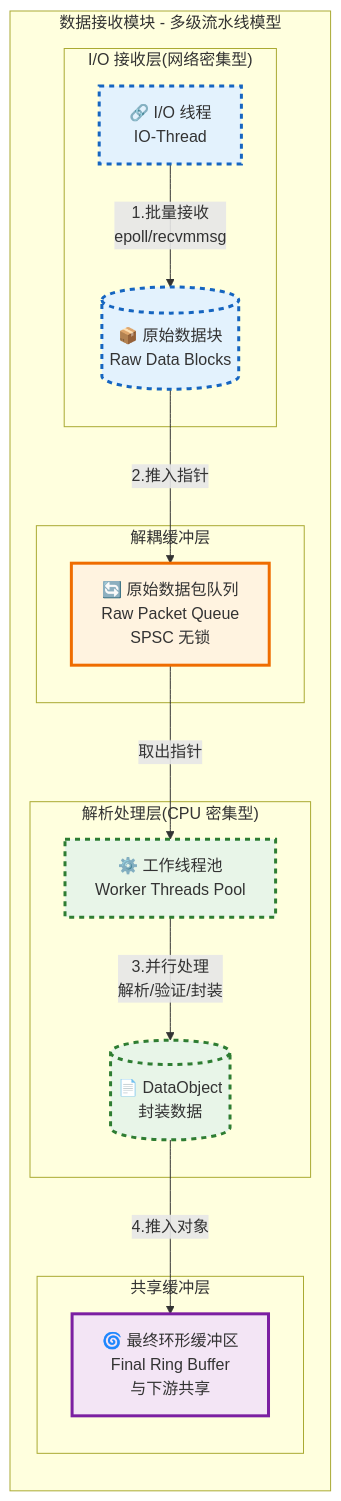
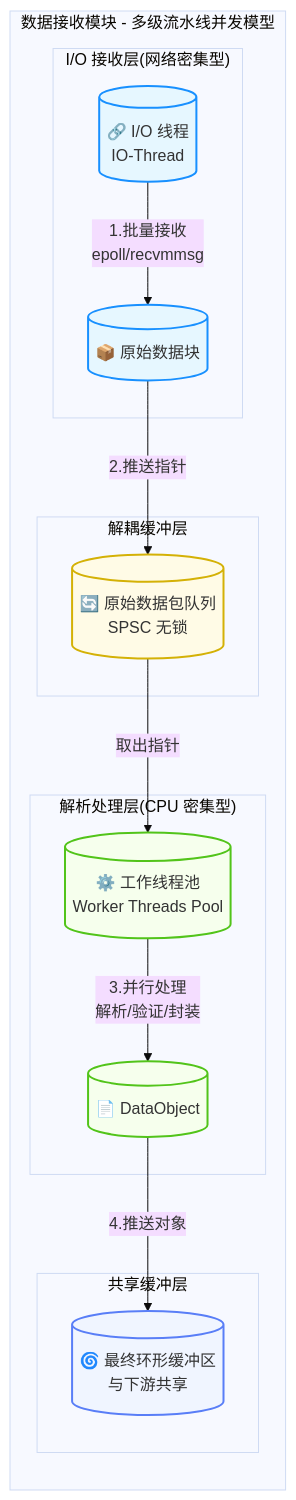
One commit to wendizhou99-cell/Radar changed the sixth of 7 diagrams in docs/01_项目设计/02_模块设计/01_数据接收模块设计.md. Above: the diagram before and after it, drawn with Mermaid. The commit also changed other lines of this file and 26 other files, not shown here.

First line of the commit message:
docs: 完成数据架构文档系列重构和Mermaid可视化指南增强

````diff
--- a/docs/01_项目设计/02_模块设计/01_数据接收模块设计.md
+++ b/docs/01_项目设计/02_模块设计/01_数据接收模块设计.md
@@ -560,38 +451,46 @@
 ```mermaid
+---
+config:
+  theme: base
+  flowchart:
+    curve: basis
+---
 graph TD
-    subgraph "数据接收模块 - 多级流水线模型"
+    subgraph "数据接收模块 - 多级流水线并发模型"
         direction TB
 
         subgraph "I/O 接收层(网络密集型)"
-            IO[🔗 I/O 线程<br/>IO-Thread]
-            IO -->|1.批量接收<br/>epoll/recvmmsg| RawData[(📦 原始数据块<br/>Raw Data Blocks)]
+            IO[("🔗 I/O 线程<br/>IO-Thread")]
+            IO -->|1.批量接收<br/>epoll/recvmmsg| RawData[(📦 原始数据块)]
         end
 
         subgraph "解耦缓冲层"
-            Queue[🔄 原始数据包队列<br/>Raw Packet Queue<br/>SPSC 无锁]
+            Queue[("🔄 原始数据包队列<br/>SPSC 无锁")]
         end
 
         subgraph "解析处理层(CPU 密集型)"
-            Workers[⚙️ 工作线程池<br/>Worker Threads Pool]
-            Workers -->|3.并行处理<br/>解析/验证/封装| DataObj[(📄 DataObject<br/>封装数据)]
+            Workers[("⚙️ 工作线程池<br/>Worker Threads Pool")]
+            Workers -->|3.并行处理<br/>解析/验证/封装| DataObj[(📄 DataObject)]
         end
 
         subgraph "共享缓冲层"
-            RingBuffer[🌀 最终环形缓冲区<br/>Final Ring Buffer<br/>与下游共享]
+            RingBuffer[("🌀 最终环形缓冲区<br/>与下游共享")]
         end
 
-        RawData -->|2.推入指针| Queue
+        RawData -->|2.推送指针| Queue
         Queue -->|取出指针| Workers
-        DataObj -->|4.推入对象| RingBuffer
+        DataObj -->|4.推送对象| RingBuffer
     end
 
-    classDef ioLayer fill:#e3f2fd,stroke:#1565c0,stroke-width:3px,stroke-dasharray: 5 5;
-    classDef bufferLayer fill:#fff3e0,stroke:#ef6c00,stroke-width:3px;
-    classDef processLayer fill:#e8f5e8,stroke:#2e7d32,stroke-width:3px,stroke-dasharray: 5 5;
-    classDef sharedLayer fill:#f3e5f5,stroke:#7b1fa2,stroke-width:3px;
+    %% --- 标准 classDef 模板 ---
+    classDef ioLayer fill:#e6f7ff,stroke:#1890ff,stroke-width:2px
+    classDef bufferLayer fill:#fffbe6,stroke:#d4b106,stroke-width:2px
+    classDef processLayer fill:#f6ffed,stroke:#52c41a,stroke-width:2px
+    classDef sharedLayer fill:#f0f5ff,stroke:#597ef7,stroke-width:2px
 
+    %% --- 样式应用 ---
     class IO,RawData ioLayer
     class Queue bufferLayer
     class Workers,DataObj processLayer
     class RingBuffer sharedLayer
 ```
````
